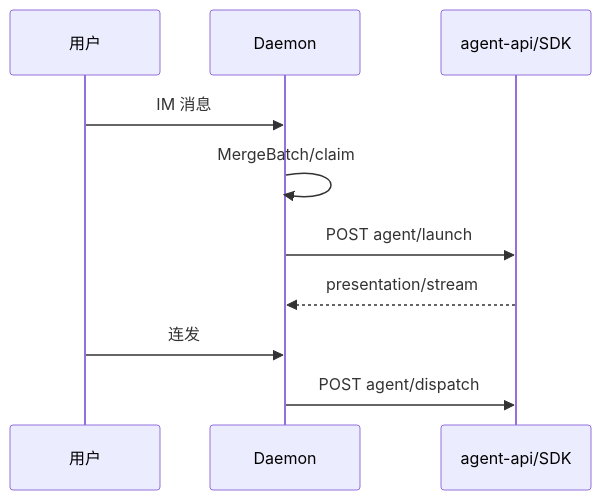
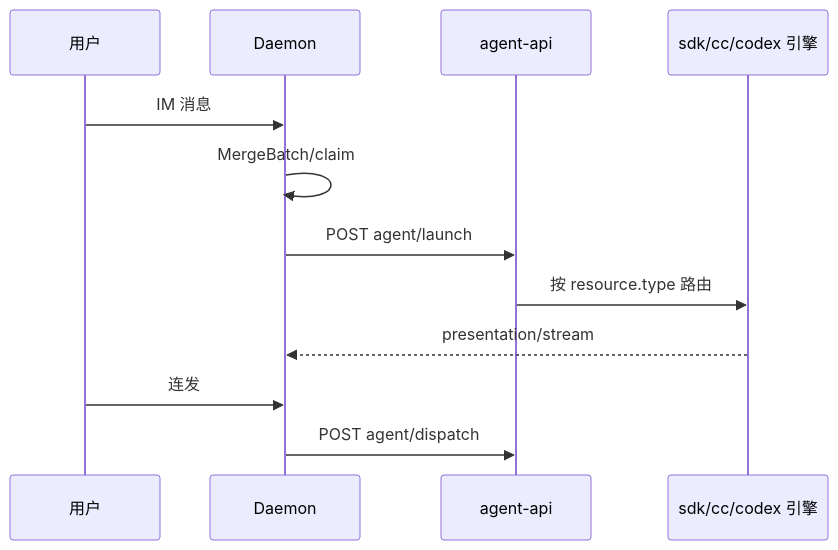
One commit to suveng/cursor-claw changed the diagram in knowledge/业务域/Agent调度/02-多会话模型.md. Above: the diagram before and after it, drawn with Mermaid. The commit also changed other lines of this file and 40 other files, not shown here.

First line of the commit message:
归档：Codex SDK 第三执行引擎接入（含 T-FIX 评审修复）

````diff
--- a/knowledge/业务域/Agent调度/02-多会话模型.md
+++ b/knowledge/业务域/Agent调度/02-多会话模型.md
@@ -29,12 +29,14 @@
 ```mermaid
 sequenceDiagram
   participant U as 用户
   participant D as Daemon
-  participant A as agent-api/SDK
+  participant A as agent-api
+  participant E as sdk/cc/codex 引擎
   U->>D: IM 消息
   D->>D: MergeBatch/claim
   D->>A: POST agent/launch
-  A-->>D: presentation/stream
+  A->>E: 按 resource.type 路由
+  E-->>D: presentation/stream
   U->>D: 连发
   D->>A: POST agent/dispatch
 ```
````
